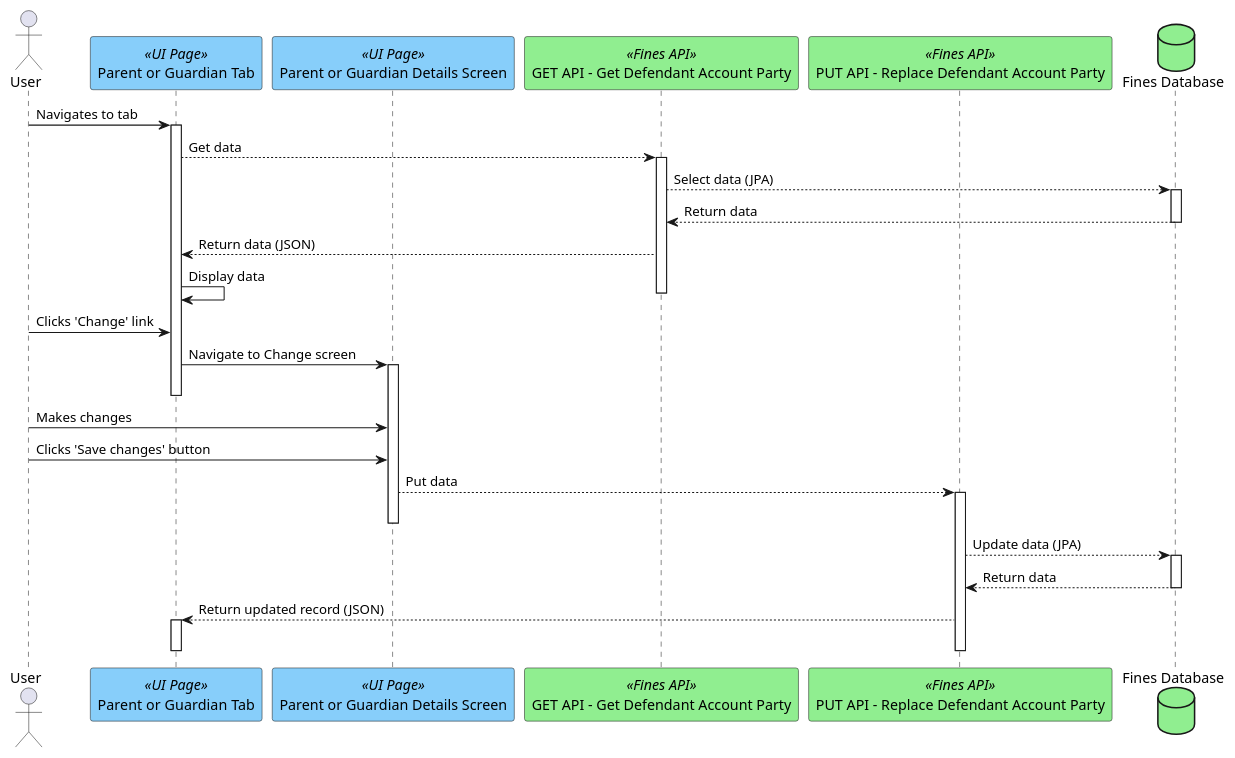
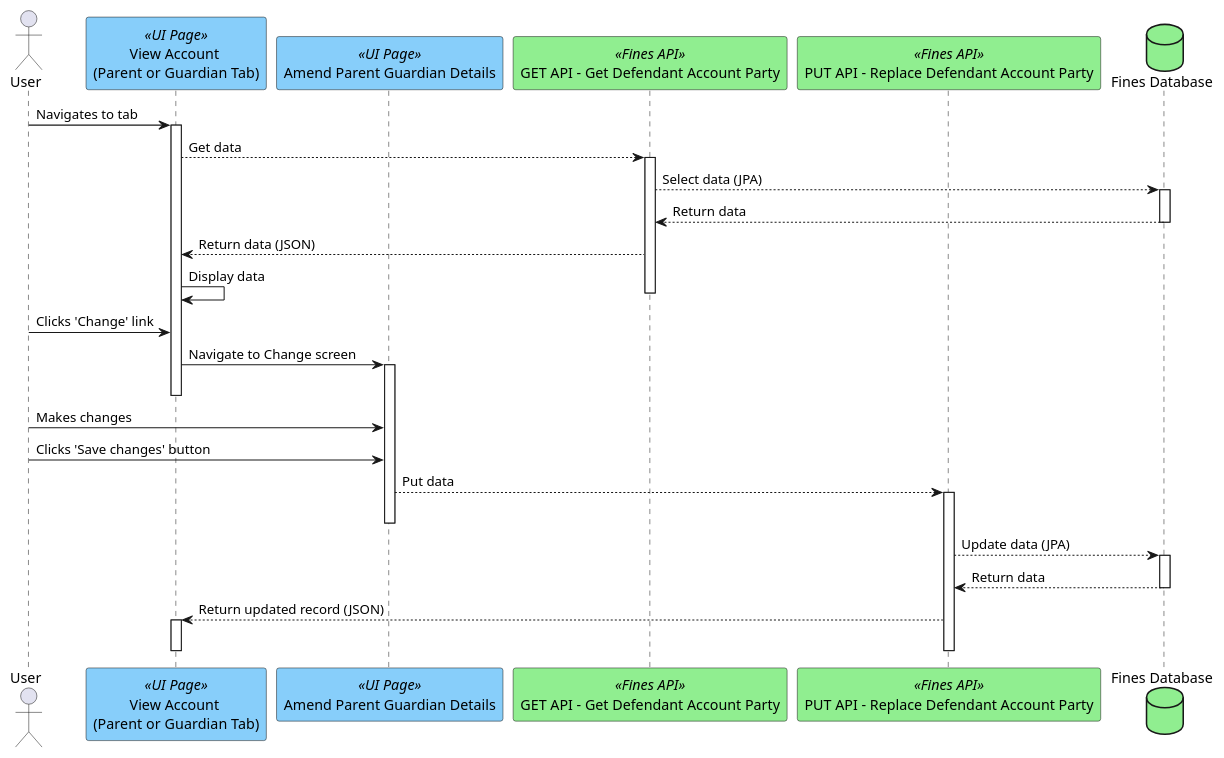
The diagram in plantUML/fae-view-amend-defendant-pg/fae-view-amend-PG.puml (hmcts/opal-docs), drawn with PlantUML before and after one commit. The commit also changed 2 other files, not shown here.

Commit message:
amend defendant pg

```diff
--- a/plantUML/fae-view-amend-defendant-pg/fae-view-amend-PG.puml
+++ b/plantUML/fae-view-amend-defendant-pg/fae-view-amend-PG.puml
@@ -1,30 +1,30 @@
 @startuml
 actor User
-participant "Parent or Guardian Tab" as viewScreen <<UI Page>> #lightskyblue
-participant "Parent or Guardian Details Screen" as changeScreen <<UI Page>> #lightskyblue
+participant "View Account \n(Parent or Guardian Tab)" as viewScreen <<UI Page>> #lightskyblue
+participant "Amend Parent Guardian Details" as changeScreen <<UI Page>> #lightskyblue
 participant "GET API - Get Defendant Account Party" as getapi <<Fines API>> #lightgreen
 participant "PUT API - Replace Defendant Account Party" as putapi <<Fines API>> #lightgreen
 database "Fines Database" as db #lightgreen
 
 User -> viewScreen ++ : Navigates to tab
 viewScreen --> getapi ++ : Get data
 getapi --> db ++ : Select data (JPA)
 db --> getapi : Return data
 db --
 getapi --> viewScreen : Return data (JSON)
 viewScreen -> viewScreen : Display data
 getapi --
 User -> viewScreen : Clicks 'Change' link
 viewScreen -> changeScreen ++: Navigate to Change screen
 viewScreen --
 User -> changeScreen : Makes changes
 User -> changeScreen : Clicks 'Save changes' button
 changeScreen --> putapi ++ : Put data
 changeScreen --
 putapi --> db ++ : Update data (JPA)
 db --> putapi : Return data
 db --
 putapi --> viewScreen ++ : Return updated record (JSON)
 viewScreen --
 putapi --
 @enduml
```
